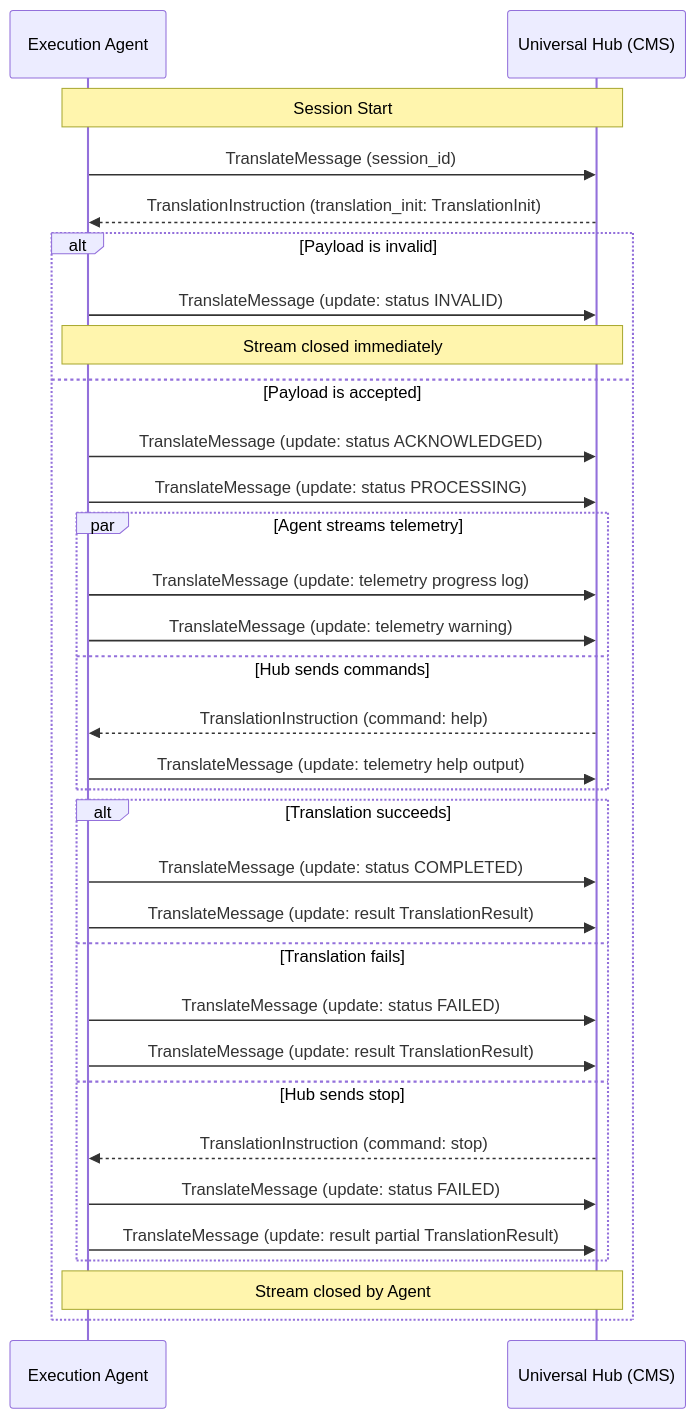
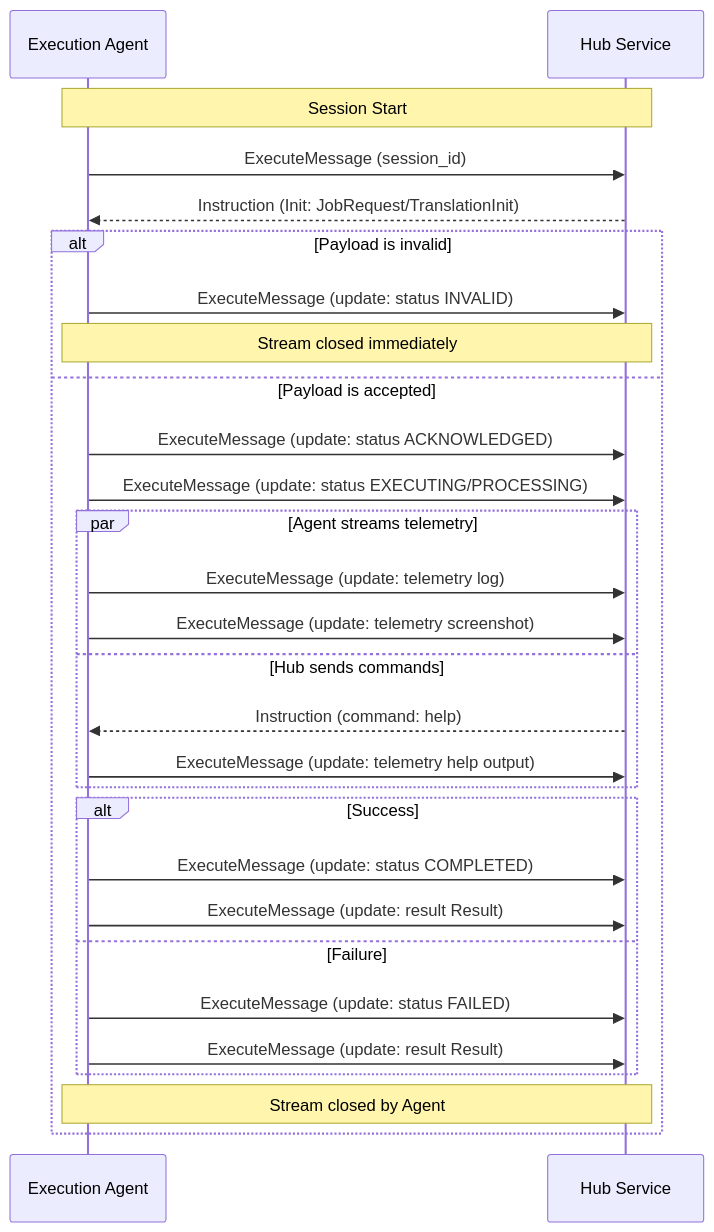
One commit to HSGamer/TestGenesis changed the second of 2 diagrams in specification/PROTOCOL.md. Above: the diagram before and after it, drawn with Mermaid. The commit also changed other lines of this file and 8 other files, not shown here.

````diff
--- a/specification/PROTOCOL.md
+++ b/specification/PROTOCOL.md
@@ -150,39 +53,35 @@
 ```mermaid
 sequenceDiagram
     participant A as Execution Agent
-    participant H as Universal Hub (CMS)
+    participant H as Hub Service
 
     Note over A,H: Session Start
-    A->>H: TranslateMessage (session_id)
-    H-->>A: TranslationInstruction (translation_init: TranslationInit)
+    A->>H: ExecuteMessage (session_id)
+    H-->>A: Instruction (Init: JobRequest/TranslationInit)
 
     alt Payload is invalid
-        A->>H: TranslateMessage (update: status INVALID)
+        A->>H: ExecuteMessage (update: status INVALID)
         Note over A,H: Stream closed immediately
     else Payload is accepted
-        A->>H: TranslateMessage (update: status ACKNOWLEDGED)
-        A->>H: TranslateMessage (update: status PROCESSING)
+        A->>H: ExecuteMessage (update: status ACKNOWLEDGED)
+        A->>H: ExecuteMessage (update: status EXECUTING/PROCESSING)
 
         par Agent streams telemetry
-            A->>H: TranslateMessage (update: telemetry progress log)
-            A->>H: TranslateMessage (update: telemetry warning)
+            A->>H: ExecuteMessage (update: telemetry log)
+            A->>H: ExecuteMessage (update: telemetry screenshot)
         and Hub sends commands
-            H-->>A: TranslationInstruction (command: help)
-            A->>H: TranslateMessage (update: telemetry help output)
+            H-->>A: Instruction (command: help)
+            A->>H: ExecuteMessage (update: telemetry help output)
         end
 
-        alt Translation succeeds
-            A->>H: TranslateMessage (update: status COMPLETED)
-            A->>H: TranslateMessage (update: result TranslationResult)
-        else Translation fails
-            A->>H: TranslateMessage (update: status FAILED)
-            A->>H: TranslateMessage (update: result TranslationResult)
-        else Hub sends stop
-            H-->>A: TranslationInstruction (command: stop)
-            A->>H: TranslateMessage (update: status FAILED)
-            A->>H: TranslateMessage (update: result partial TranslationResult)
+        alt Success
+            A->>H: ExecuteMessage (update: status COMPLETED)
+            A->>H: ExecuteMessage (update: result Result)
+        else Failure
+            A->>H: ExecuteMessage (update: status FAILED)
+            A->>H: ExecuteMessage (update: result Result)
         end
 
         Note over A,H: Stream closed by Agent
     end
 ```
````
